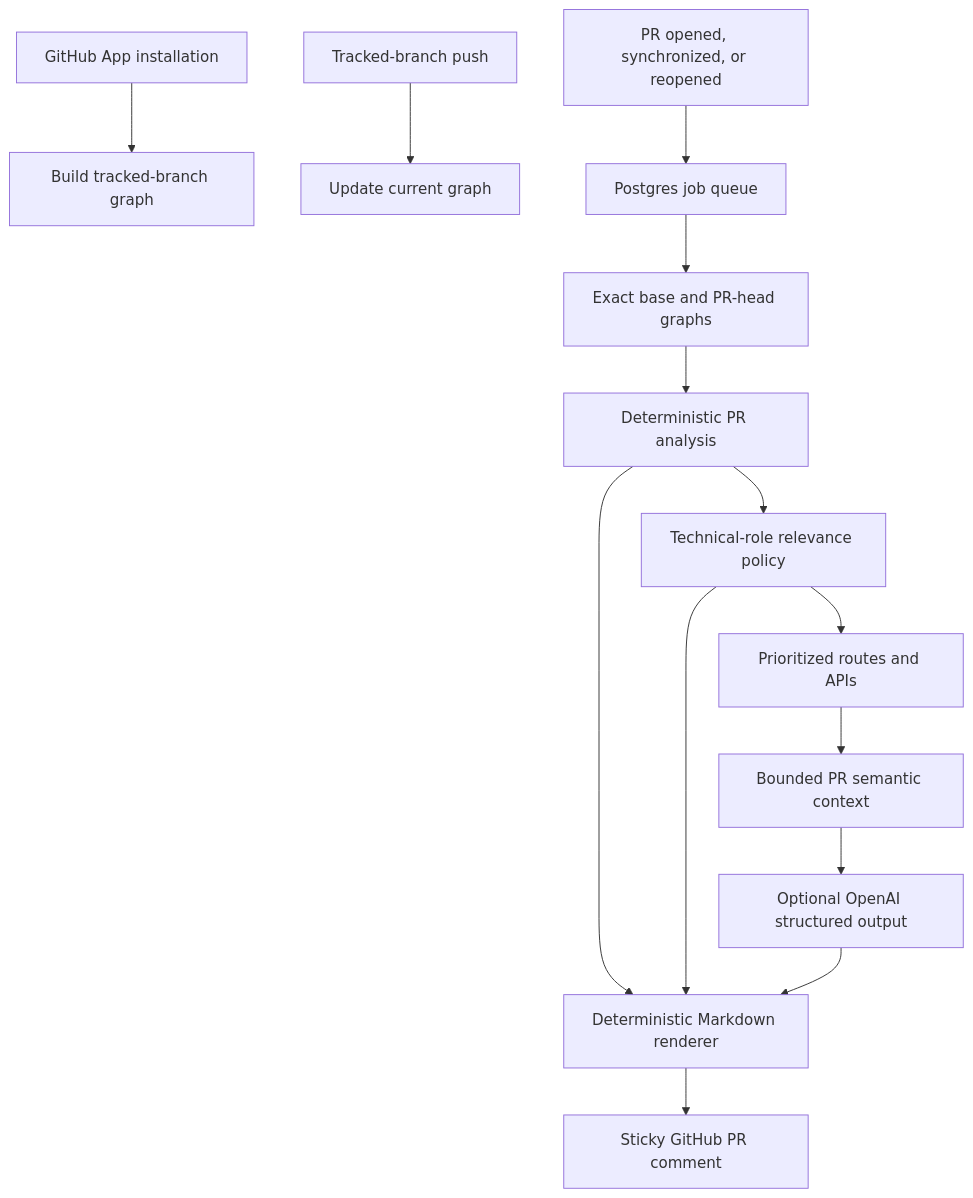
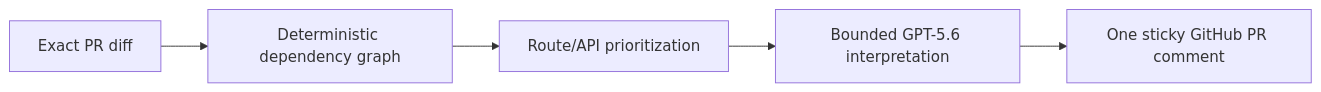
Before and after one commit to naeemdadi/impact-analysis: the diagram in README.md, drawn with Mermaid. The commit also changed other lines of this file and 3 other files, not shown here.

````diff
--- a/README.md
+++ b/README.md
@@ -52,16 +35,7 @@
 ```mermaid
-flowchart TD
-  I[GitHub App installation] --> B[Build tracked-branch graph]
-  P[Tracked-branch push] --> U[Update current graph]
-  PR[PR opened, synchronized, or reopened] --> Q[Postgres job queue]
-  Q --> G[Exact base and PR-head graphs]
-  G --> A[Deterministic PR analysis]
-  A --> R[Technical-role relevance policy]
-  R --> C[Prioritized routes and APIs]
-  C --> S[Bounded PR semantic context]
-  S --> O[Optional OpenAI structured output]
-  A --> M[Deterministic Markdown renderer]
-  R --> M
-  O --> M
-  M --> D[Sticky GitHub PR comment]
+flowchart LR
+  D[Exact PR diff] --> G[Deterministic dependency graph]
+  G --> P[Route/API prioritization]
+  P --> A[Bounded GPT-5.6 interpretation]
+  A --> C[One sticky GitHub PR comment]
 ```
````
